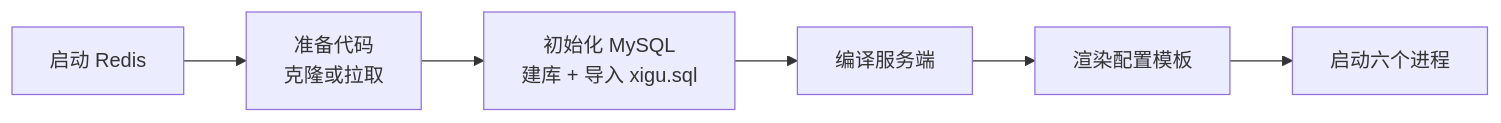
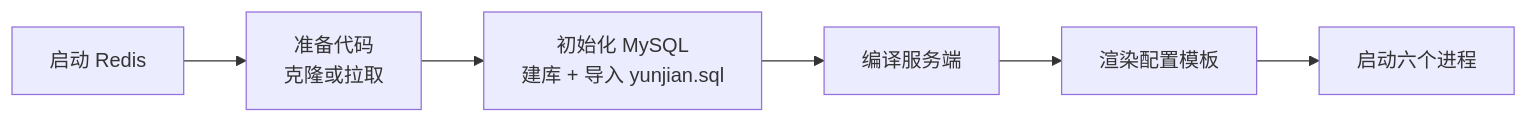
Before and after one commit to yrc920/yunjian: the second of 2 diagrams in docs/12-deployment.md, drawn with Mermaid. The commit also changed other lines of this file and 84 other files, not shown here.

````diff
--- a/docs/12-deployment.md
+++ b/docs/12-deployment.md
@@ -85,8 +85,8 @@
 ```mermaid
 flowchart LR
     A["启动 Redis"] --> B["准备代码<br/>克隆或拉取"]
-    B --> C["初始化 MySQL<br/>建库 + 导入 xigu.sql"]
+    B --> C["初始化 MySQL<br/>建库 + 导入 yunjian.sql"]
     C --> D["编译服务端"]
     D --> E["渲染配置模板"]
     E --> F["启动六个进程"]
 ```
````
